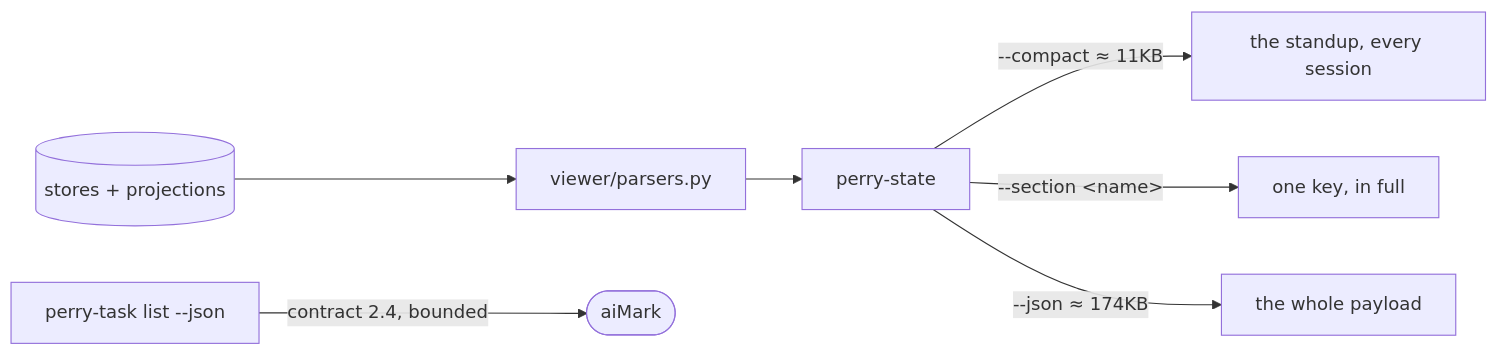
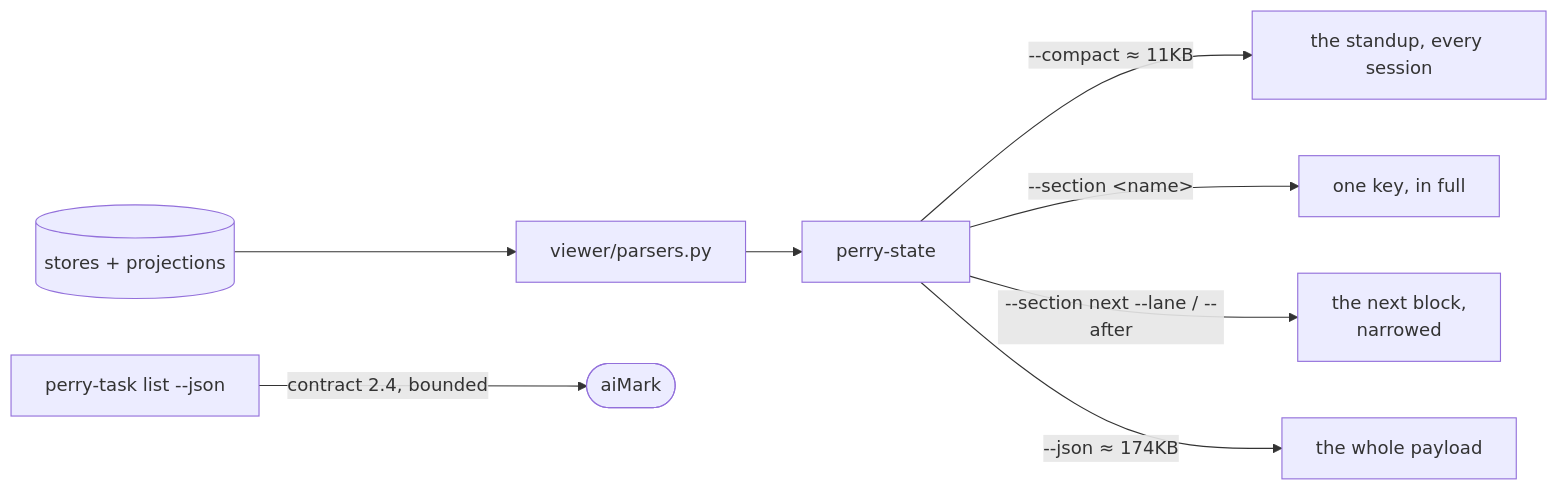
One commit to ranjiao/Perry changed the third of 3 diagrams in ARCHITECTURE.md. Above: the diagram before and after it, drawn with Mermaid. The commit also changed other lines of this file and 1 other file, not shown here.

First line of the commit message:
TASK-442 round 2: the architecture documents record the next-step ownership move

````diff
--- a/ARCHITECTURE.md
+++ b/ARCHITECTURE.md
@@ -167,9 +179,10 @@
 ```mermaid
 flowchart LR
     State[("stores + projections")] --> P["viewer/parsers.py"]
     P --> S["perry-state"]
     S -->|"--compact ≈ 11KB"| Standup["the standup, every session"]
     S -->|"--section &lt;name&gt;"| Detail["one key, in full"]
+    S -->|"--section next --lane / --after"| Next["the next block,<br/>narrowed"]
     S -->|"--json ≈ 174KB"| Whole["the whole payload"]
     T["perry-task list --json"] -->|"contract 2.4, bounded"| Outside([aiMark])
 ```
````
